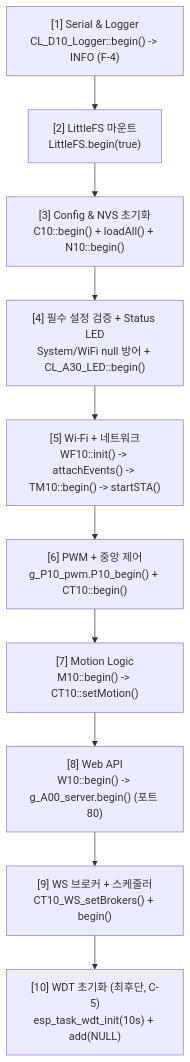
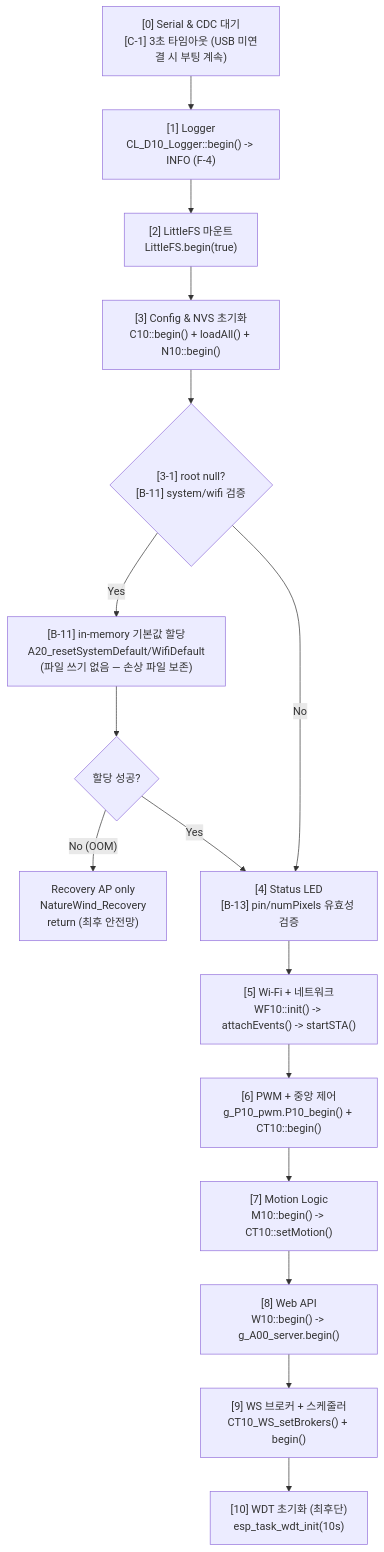
The first of 11 diagrams in src/v0202/contract_doc_0202/FLOW_0202.md (hosanglee-kr/SmartNatureWind_v002), drawn with Mermaid before and after one commit. The commit also changed other lines of this file and 9 other files, not shown here.

````diff
--- a/src/v0202/contract_doc_0202/FLOW_0202.md
+++ b/src/v0202/contract_doc_0202/FLOW_0202.md
@@ -12,12 +12,18 @@
 ```mermaid
 flowchart TD
-    S1["[1] Serial & Logger\nCL_D10_Logger::begin() -> INFO (F-4)"] --> S2["[2] LittleFS 마운트\nLittleFS.begin(true)"]
+    S0["[0] Serial & CDC 대기\n[C-1] 3초 타임아웃 (USB 미연결 시 부팅 계속)"] --> S1["[1] Logger\nCL_D10_Logger::begin() -> INFO (F-4)"]
+    S1 --> S2["[2] LittleFS 마운트\nLittleFS.begin(true)"]
     S2 --> S3["[3] Config & NVS 초기화\nC10::begin() + loadAll() + N10::begin()"]
-    S3 --> S4["[4] 필수 설정 검증 + Status LED\nSystem/WiFi null 방어 + CL_A30_LED::begin()"]
-    S4 --> S5["[5] Wi-Fi + 네트워크\nWF10::init() -> attachEvents() -> TM10::begin() -> startSTA()"]
+    S3 --> S3_1{"[3-1] root null?\n[B-11] system/wifi 검증"}
+    S3_1 -- "Yes" --> S3_2["[B-11] in-memory 기본값 할당\nA20_resetSystemDefault/WifiDefault\n(파일 쓰기 없음 — 손상 파일 보존)"]
+    S3_2 --> S3_3{"할당 성공?"}
+    S3_3 -- "No (OOM)" --> S3_4["Recovery AP only\nNatureWind_Recovery\nreturn (최후 안전망)"]
+    S3_3 -- "Yes" --> S4
+    S3_1 -- "No" --> S4["[4] Status LED\n[B-13] pin/numPixels 유효성 검증"]
+    S4 --> S5["[5] Wi-Fi + 네트워크\nWF10::init() -> attachEvents() -> startSTA()"]
     S5 --> S6["[6] PWM + 중앙 제어\ng_P10_pwm.P10_begin() + CT10::begin()"]
     S6 --> S7["[7] Motion Logic\nM10::begin() -> CT10::setMotion()"]
-    S7 --> S8["[8] Web API\nW10::begin() -> g_A00_server.begin() (포트 80)"]
+    S7 --> S8["[8] Web API\nW10::begin() -> g_A00_server.begin()"]
     S8 --> S9["[9] WS 브로커 + 스케줄러\nCT10_WS_setBrokers() + begin()"]
-    S9 --> S10["[10] WDT 초기화 (최후단, C-5)\nesp_task_wdt_init(10s) + add(NULL)"]
+    S9 --> S10["[10] WDT 초기화 (최후단)\nesp_task_wdt_init(10s)"]
 ```
````
